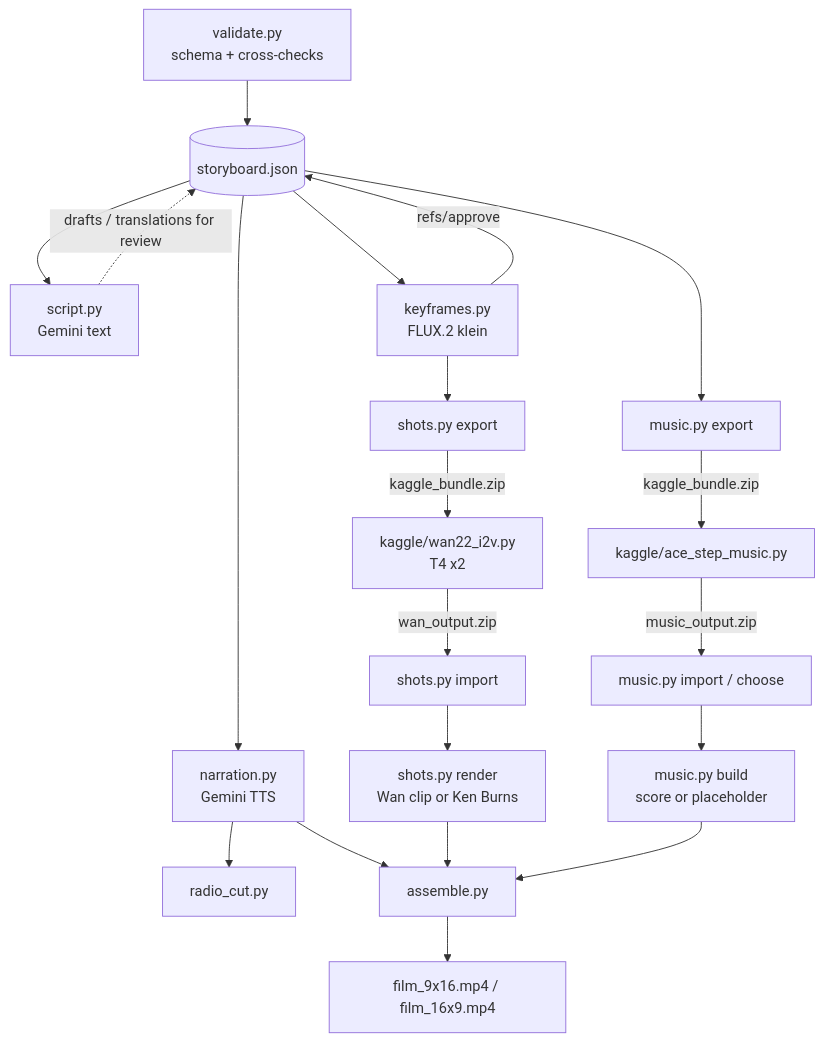
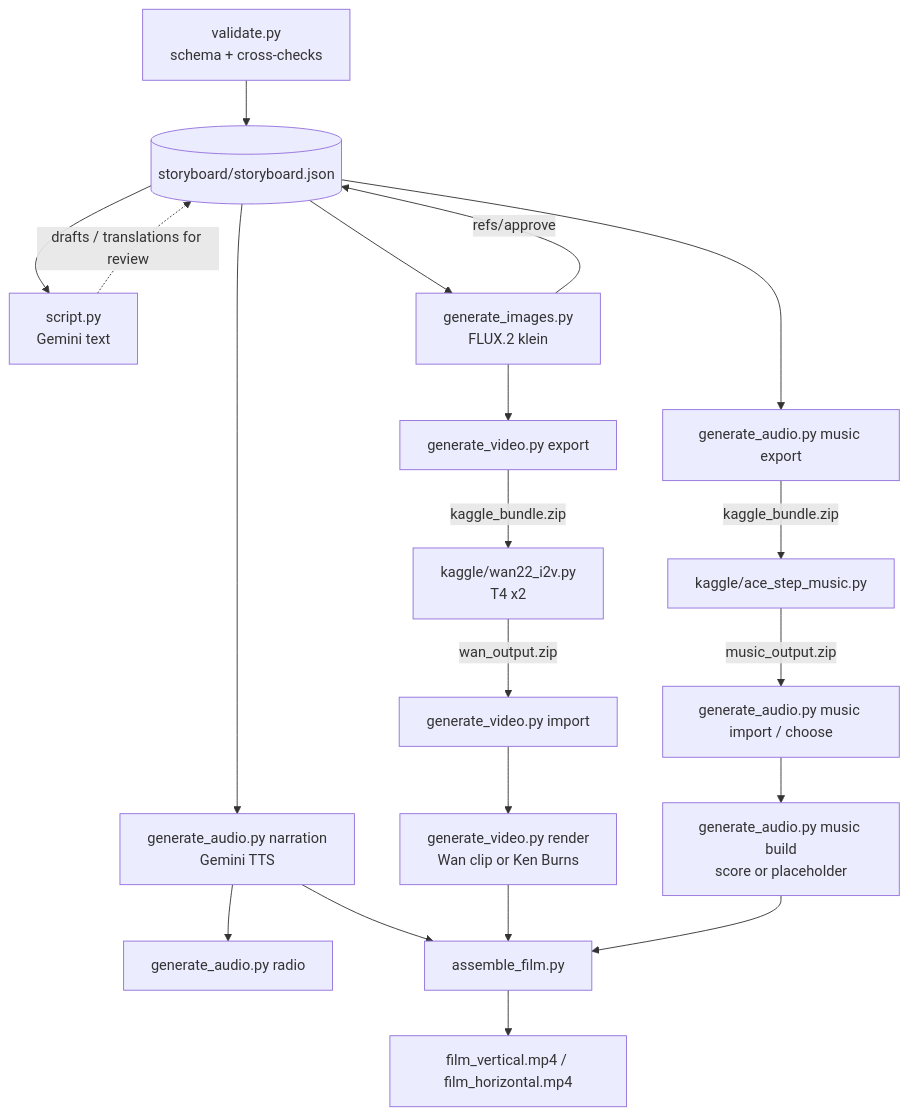
Before and after one commit to Chilenew/mom-helper-content-generation-model: the diagram in ARCHITECTURE.md, drawn with Mermaid. The commit also changed other lines of this file and 253 other files, not shown here.

````diff
--- a/ARCHITECTURE.md
+++ b/ARCHITECTURE.md
@@ -14,22 +14,22 @@
 ```mermaid
 flowchart TD
-    V[validate.py<br/>schema + cross-checks] --> SB[(storyboard.json)]
+    V[validate.py<br/>schema + cross-checks] --> SB[(storyboard/storyboard.json)]
     SB --> SC[script.py<br/>Gemini text]
     SC -. drafts / translations for review .-> SB
-    SB --> NA[narration.py<br/>Gemini TTS]
-    SB --> KF[keyframes.py<br/>FLUX.2 klein]
+    SB --> NA[generate_audio.py narration<br/>Gemini TTS]
+    SB --> KF[generate_images.py<br/>FLUX.2 klein]
     KF -->|refs/approve| SB
-    KF --> SH[shots.py export]
+    KF --> SH[generate_video.py export]
     SH -->|kaggle_bundle.zip| WAN[kaggle/wan22_i2v.py<br/>T4 x2]
-    WAN -->|wan_output.zip| SHI[shots.py import]
-    SHI --> SHR[shots.py render<br/>Wan clip or Ken Burns]
-    SB --> MU[music.py export]
+    WAN -->|wan_output.zip| SHI[generate_video.py import]
+    SHI --> SHR[generate_video.py render<br/>Wan clip or Ken Burns]
+    SB --> MU[generate_audio.py music export]
     MU -->|kaggle_bundle.zip| ACE[kaggle/ace_step_music.py]
-    ACE -->|music_output.zip| MUI[music.py import / choose]
-    MUI --> MUB[music.py build<br/>score or placeholder]
-    NA --> RC[radio_cut.py]
-    NA --> AS[assemble.py]
+    ACE -->|music_output.zip| MUI[generate_audio.py music import / choose]
+    MUI --> MUB[generate_audio.py music build<br/>score or placeholder]
+    NA --> RC[generate_audio.py radio]
+    NA --> AS[assemble_film.py]
     SHR --> AS
     MUB --> AS
-    AS --> OUT[film_9x16.mp4 / film_16x9.mp4]
+    AS --> OUT[film_vertical.mp4 / film_horizontal.mp4]
 ```
````
